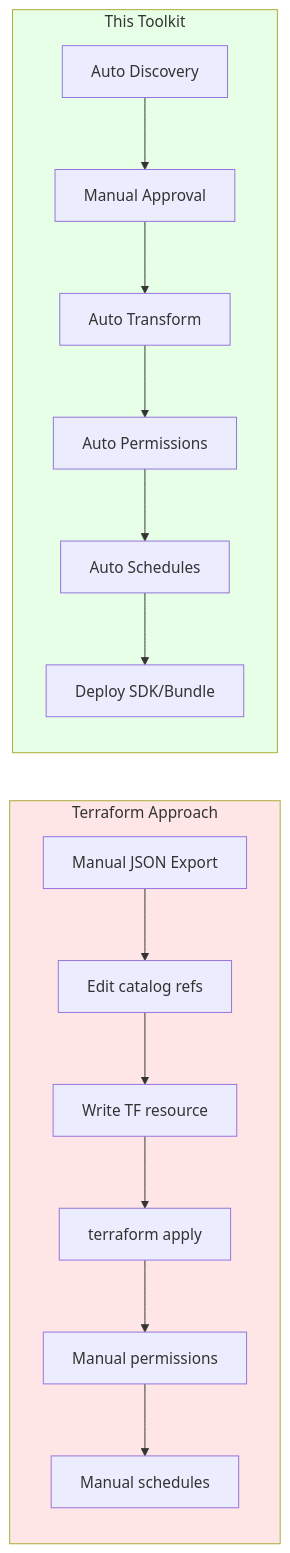
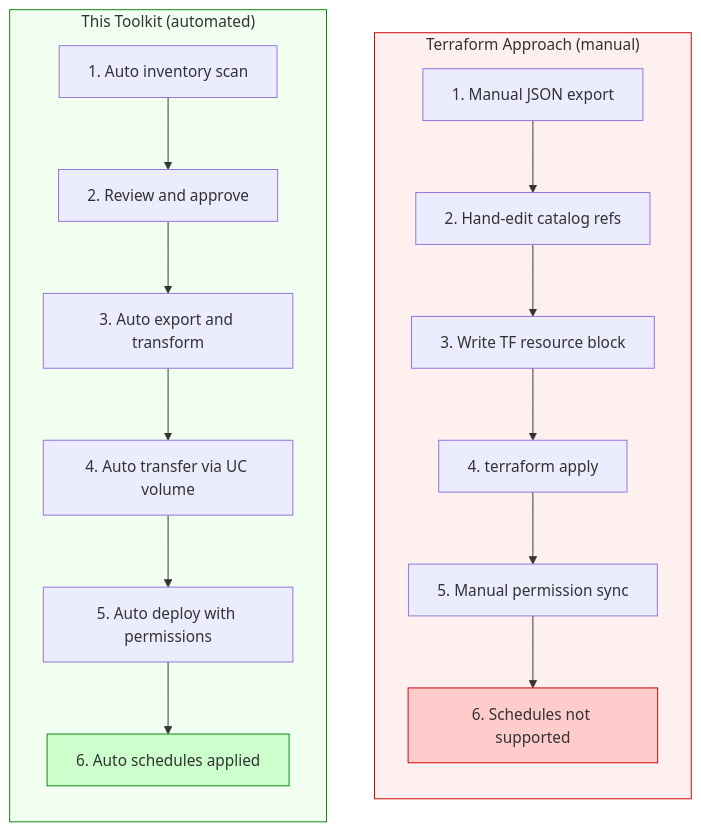
One commit to archana986/databricks-dashboard-migration changed the diagram in WHY_THIS_TOOLKIT.md. Above: the diagram before and after it, drawn with Mermaid.

Commit message:
Improve Technical Comparison diagram to side-by-side layout
Switch from flowchart LR (stacked) to flowchart TD with two
subgraphs that render side by side on GitHub. Add step numbers,
clearer labels, and color coding for manual vs automated steps.

````diff
--- a/WHY_THIS_TOOLKIT.md
+++ b/WHY_THIS_TOOLKIT.md
@@ -83,21 +83,25 @@
 ```mermaid
-flowchart LR
-    subgraph terraform [Terraform Approach]
-        T1[Manual JSON Export] --> T2[Edit catalog refs]
-        T2 --> T3[Write TF resource]
-        T3 --> T4[terraform apply]
-        T4 --> T5[Manual permissions]
-        T5 --> T6[Manual schedules]
+flowchart TD
+    subgraph terraform ["Terraform Approach (manual)"]
+        direction TB
+        T1["1. Manual JSON export"] --> T2["2. Hand-edit catalog refs"]
+        T2 --> T3["3. Write TF resource block"]
+        T3 --> T4["4. terraform apply"]
+        T4 --> T5["5. Manual permission sync"]
+        T5 --> T6["6. Schedules not supported"]
     end
-    
-    subgraph toolkit [This Toolkit]
-        K1[Auto Discovery] --> K2[Manual Approval]
-        K2 --> K3[Auto Transform]
-        K3 --> K4[Auto Permissions]
-        K4 --> K5[Auto Schedules]
-        K5 --> K6[Deploy SDK/Bundle]
+
+    subgraph toolkit ["This Toolkit (automated)"]
+        direction TB
+        K1["1. Auto inventory scan"] --> K2["2. Review and approve"]
+        K2 --> K3["3. Auto export and transform"]
+        K3 --> K4["4. Auto transfer via UC volume"]
+        K4 --> K5["5. Auto deploy with permissions"]
+        K5 --> K6["6. Auto schedules applied"]
     end
-    
-    style terraform fill:#ffe6e6
-    style toolkit fill:#e6ffe6
+
+    style terraform fill:#fff0f0,stroke:#cc0000
+    style toolkit fill:#f0fff0,stroke:#008800
+    style T6 fill:#ffcccc,stroke:#cc0000
+    style K6 fill:#ccffcc,stroke:#008800
 ```
````
